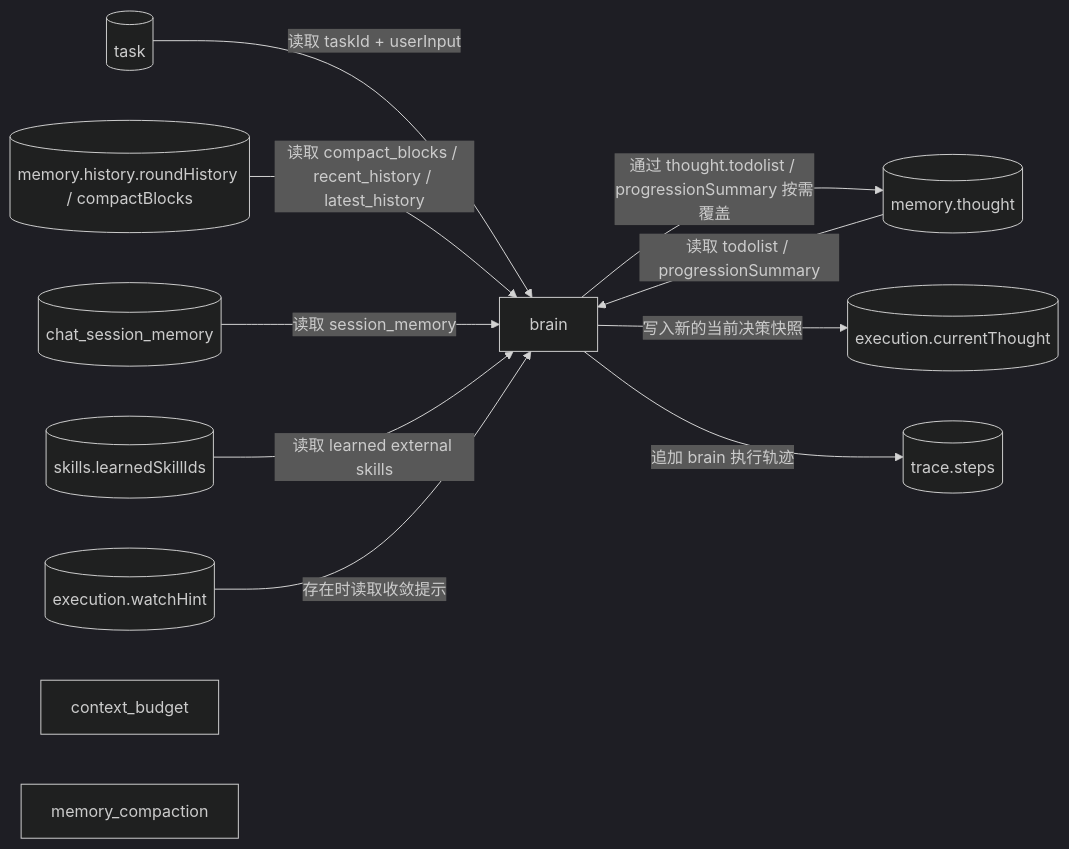
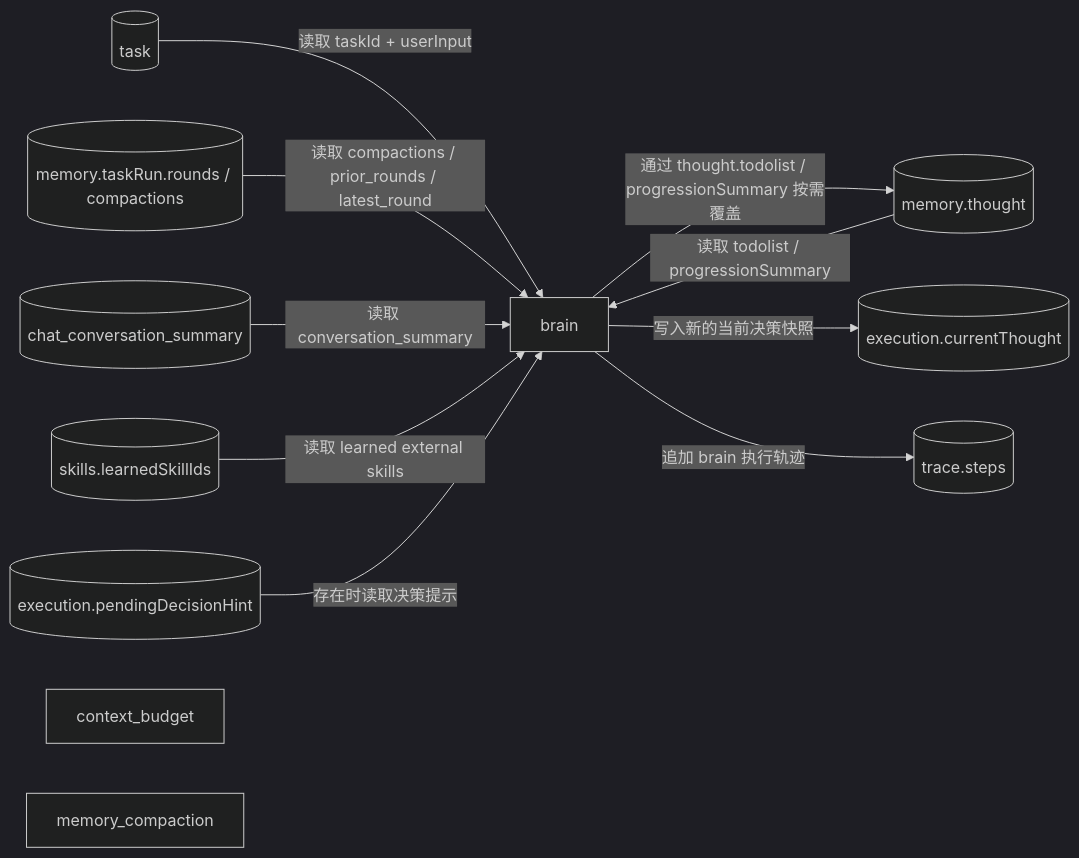
The second of 5 diagrams in doc/ai-design/data-definition-and-flow.md (Yoan98/Ncurator), drawn with Mermaid (dark theme) before and after one commit. The commit also changed other lines of this file and 65 other files, not shown here.

Commit message:
Refactor AI memory to use decision hints and task runs

````diff
--- a/doc/ai-design/data-definition-and-flow.md
+++ b/doc/ai-design/data-definition-and-flow.md
@@ -1084,24 +1084,24 @@
 ```mermaid
 flowchart LR
     T[("task")]
     TM[("memory.thought")]
-    HM[("memory.history.roundHistory / compactBlocks")]
-    CM[("chat_session_memory")]
+    HM[("memory.taskRun.rounds / compactions")]
+    CM[("chat_conversation_summary")]
     SK[("skills.learnedSkillIds")]
-    WH[("execution.watchHint")]
+    WH[("execution.pendingDecisionHint")]
     CB["context_budget"]
     MC["memory_compaction"]
     B["brain"]
     CD[("execution.currentThought")]
     TR[("trace.steps")]
 
     T -->|读取 taskId + userInput| B
     TM -->|读取 todolist / progressionSummary| B
-    HM -->|读取 compact_blocks / recent_history / latest_history| B
-    CM -->|读取 session_memory| B
+    HM -->|读取 compactions / prior_rounds / latest_round| B
+    CM -->|读取 conversation_summary| B
     SK -->|读取 learned external skills| B
-    WH -->|存在时读取收敛提示| B
+    WH -->|存在时读取决策提示| B
     B -->|通过 thought.todolist / progressionSummary 按需覆盖| TM
     B -->|写入新的当前决策快照| CD
     B -->|追加 brain 执行轨迹| TR
 ```
````
